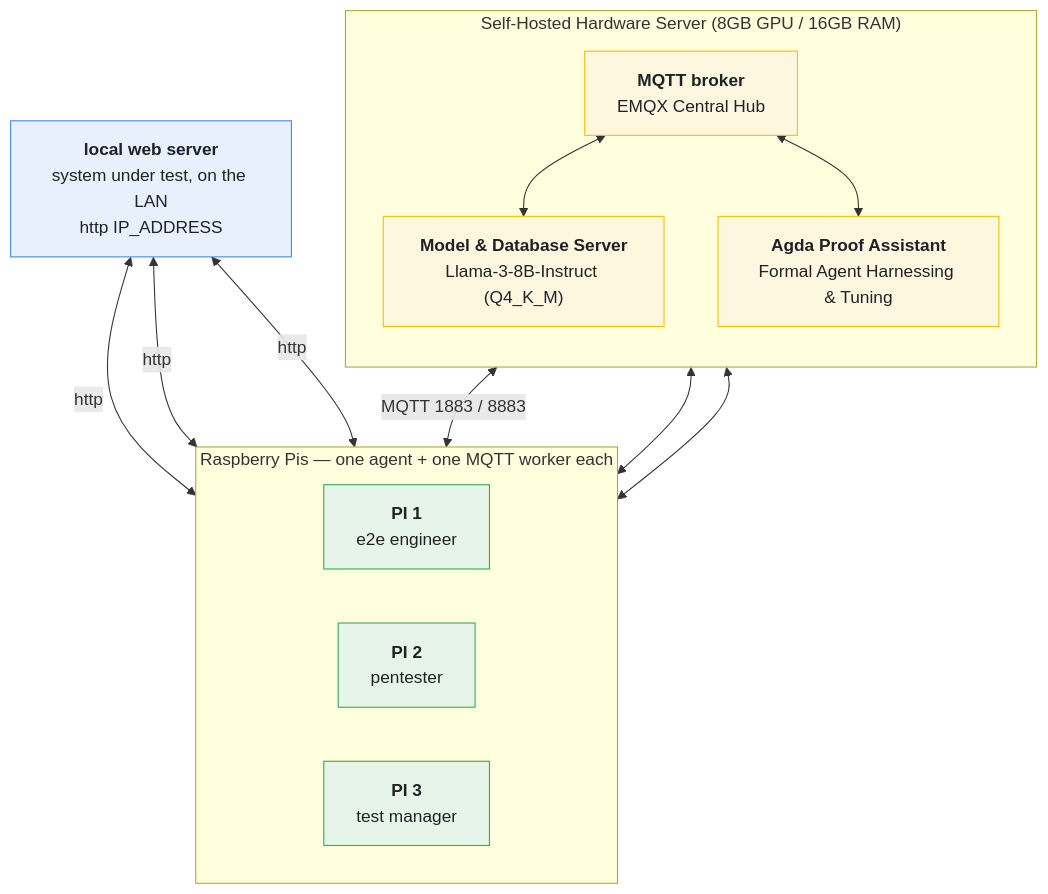
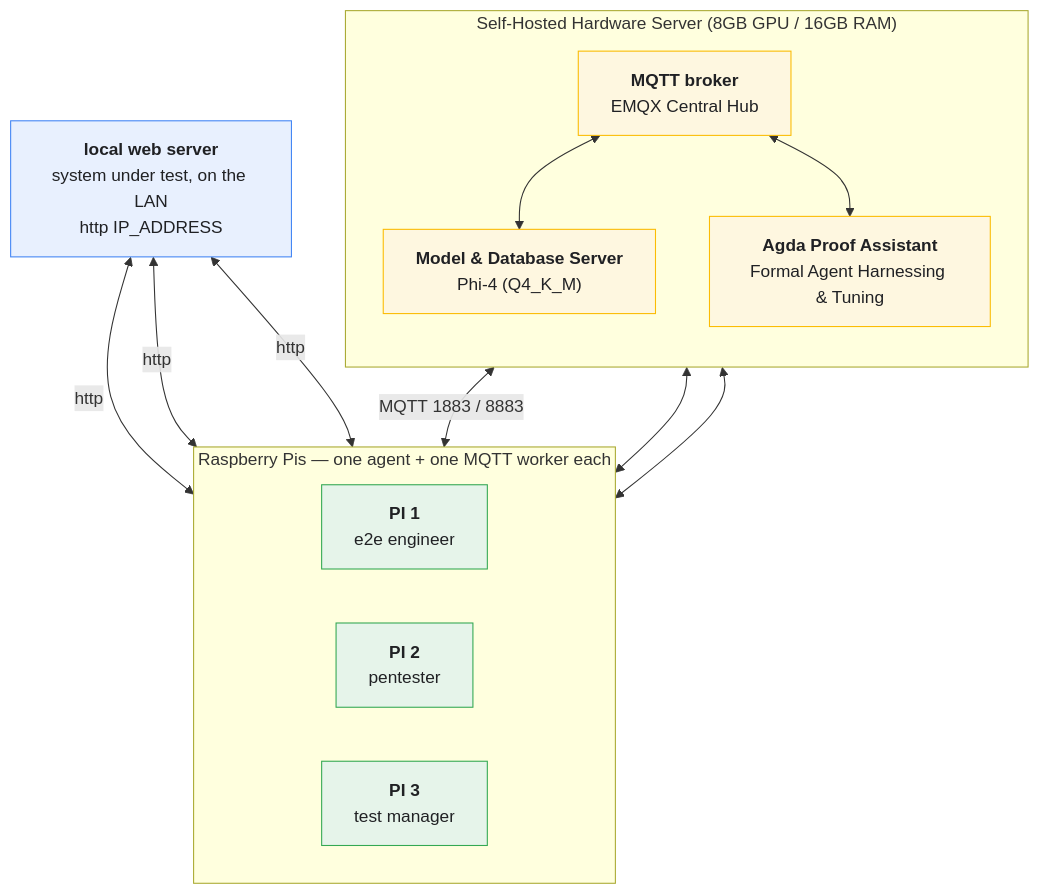
The diagram in README.md (yVieta/testing-the-agentic-stack_open-testing-agents), drawn with Mermaid before and after one commit. The commit also changed other lines of this file and 22 other files, not shown here.

Commit message:
lean4 bases and phi model for more effiziency

````diff
--- a/README.md
+++ b/README.md
@@ -8,35 +8,35 @@
 ```mermaid
 graph TD
     SUT["<b>local web server</b><br/>system under test, on the LAN<br/>http IP_ADDRESS"]
 
     subgraph PIS["Raspberry Pis — one agent + one MQTT worker each"]
         direction LR
         PI1["<b>PI 1</b><br/>e2e engineer"]
         PI2["<b>PI 2</b><br/>pentester"]
         PI3["<b>PI 3</b><br/>test manager"]
     end
 
     subgraph SERVERS["Self-Hosted Hardware Server (8GB GPU / 16GB RAM)"]
         direction TB
         BROKER["<b>MQTT broker</b><br/>EMQX Central Hub"]
         AGDA["<b>Agda Proof Assistant</b><br/>Formal Agent Harnessing & Tuning"]
-        GPU["<b>Model & Database Server</b><br/>Llama-3-8B-Instruct (Q4_K_M)"]
+        GPU["<b>Model & Database Server</b><br/>Phi-4 (Q4_K_M)"]
     end
 
     SUT <-->|"http"| PI1
     SUT <-->|"http"| PI2
     SUT <-->|"http"| PI3
 
     BROKER <-->|"MQTT 1883 / 8883"| PI1
     BROKER <--> PI2
     BROKER <--> PI3
     BROKER <--> GPU
     BROKER <--> AGDA
 
     classDef sut fill:#e8f0fe,stroke:#4285f4,color:#202124;
     classDef pi fill:#e6f4ea,stroke:#34a853,color:#202124;
     classDef server fill:#fef7e0,stroke:#fbbc04,color:#202124;
     class SUT sut;
     class PI1,PI2,PI3 pi;
     class BROKER,GPU,AGDA server;
 ```
````
